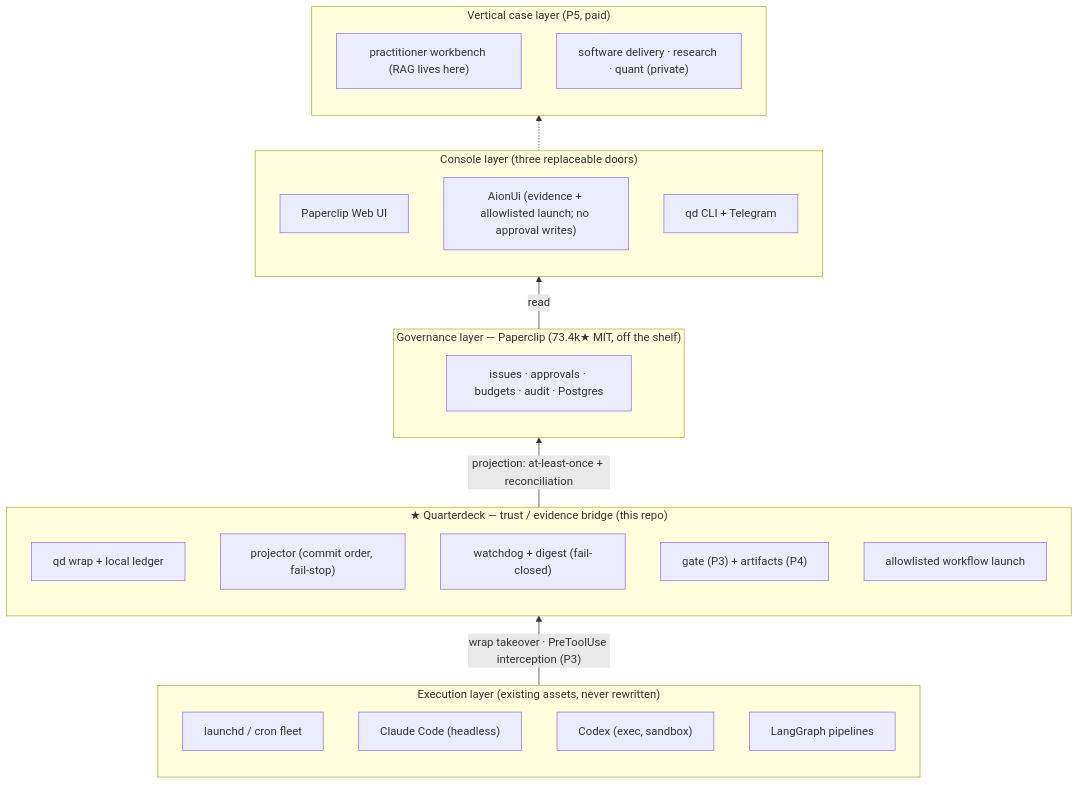
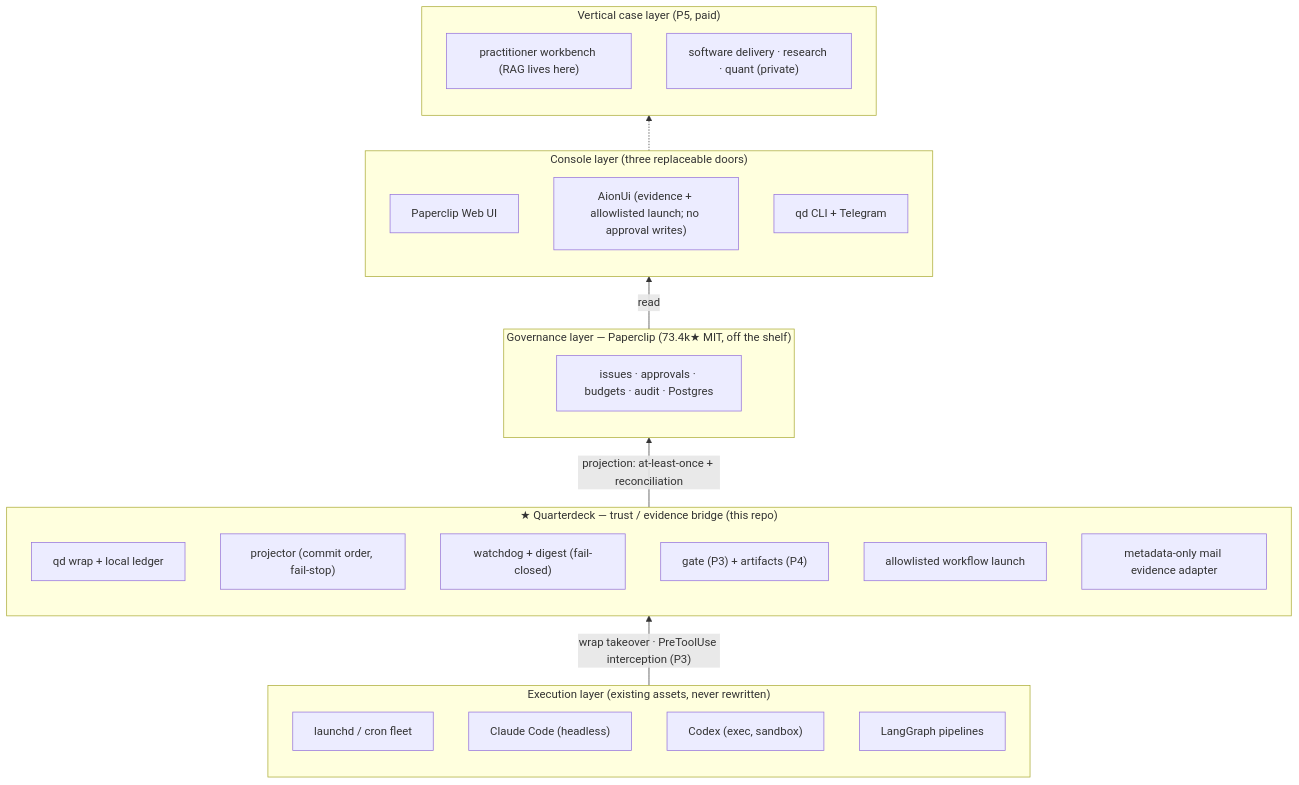
The diagram in docs/ARCHITECTURE.md (opswitness/opswitness), drawn with Mermaid before and after one commit. The commit also changed other lines of this file and 14 other files, not shown here.

````diff
--- a/docs/ARCHITECTURE.md
+++ b/docs/ARCHITECTURE.md
@@ -13,32 +13,33 @@
 ```mermaid
 flowchart BT
     subgraph E["Execution layer (existing assets, never rewritten)"]
         E1["launchd / cron fleet"]
         E2["Claude Code (headless)"]
         E3["Codex (exec, sandbox)"]
         E4["LangGraph pipelines"]
     end
     subgraph Q["★ Quarterdeck — trust / evidence bridge (this repo)"]
         Q1["qd wrap + local ledger"]
         Q2["projector (commit order, fail-stop)"]
         Q3["watchdog + digest (fail-closed)"]
         Q4["gate (P3) + artifacts (P4)"]
         Q5["allowlisted workflow launch"]
+        Q6["metadata-only mail evidence adapter"]
     end
     subgraph P["Governance layer — Paperclip (73.4k★ MIT, off the shelf)"]
         P1["issues · approvals · budgets · audit · Postgres"]
     end
     subgraph C["Console layer (three replaceable doors)"]
         C1["Paperclip Web UI"]
         C2["AionUi (evidence + allowlisted launch; no approval writes)"]
         C3["qd CLI + Telegram"]
     end
     subgraph V["Vertical case layer (P5, paid)"]
         V1["practitioner workbench (RAG lives here)"]
         V2["software delivery · research · quant (private)"]
     end
     E -->|"wrap takeover · PreToolUse interception (P3)"| Q
     Q -->|"projection: at-least-once + reconciliation"| P
     P -->|read| C
     C -.-> V
 ```
````
